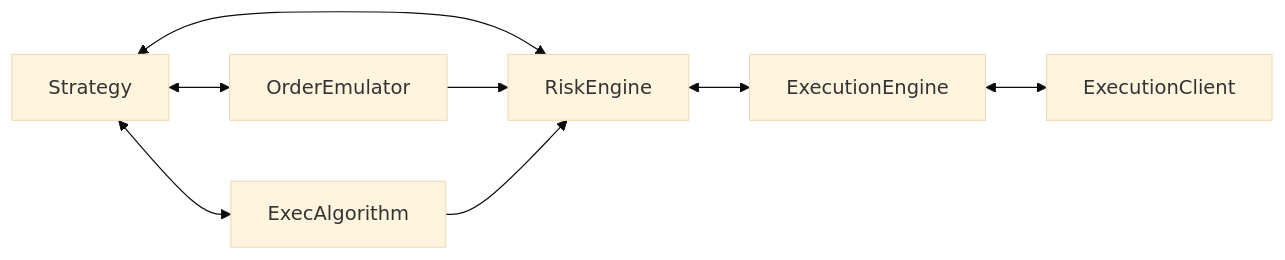
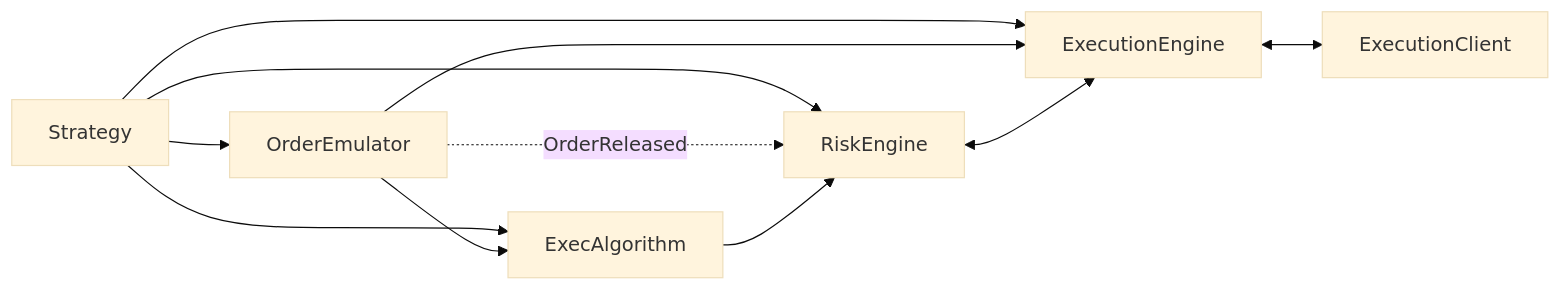
One commit to wukai9203/nautilus_trader changed the diagram in docs_zh/concepts/execution.md. Above: the diagram before and after it, drawn with Mermaid (base theme). The commit also changed other lines of this file and 101 other files, not shown here.

````diff
--- a/docs_zh/concepts/execution.md
+++ b/docs_zh/concepts/execution.md
@@ -61,17 +50,20 @@
 ```mermaid
 flowchart LR
     strategy[Strategy]
     emulator[OrderEmulator]
     algo[ExecAlgorithm]
     risk[RiskEngine]
     engine[ExecutionEngine]
     client[ExecutionClient]
 
-    strategy <--> emulator
-    strategy <--> algo
-    strategy <--> risk
-    emulator --> risk
+    strategy --> emulator
+    strategy --> algo
+    strategy --> risk
+    strategy --> engine
+    emulator -. OrderReleased .-> risk
+    emulator --> algo
+    emulator --> engine
     algo --> risk
     risk <--> engine
     engine <--> client
 ```
````
